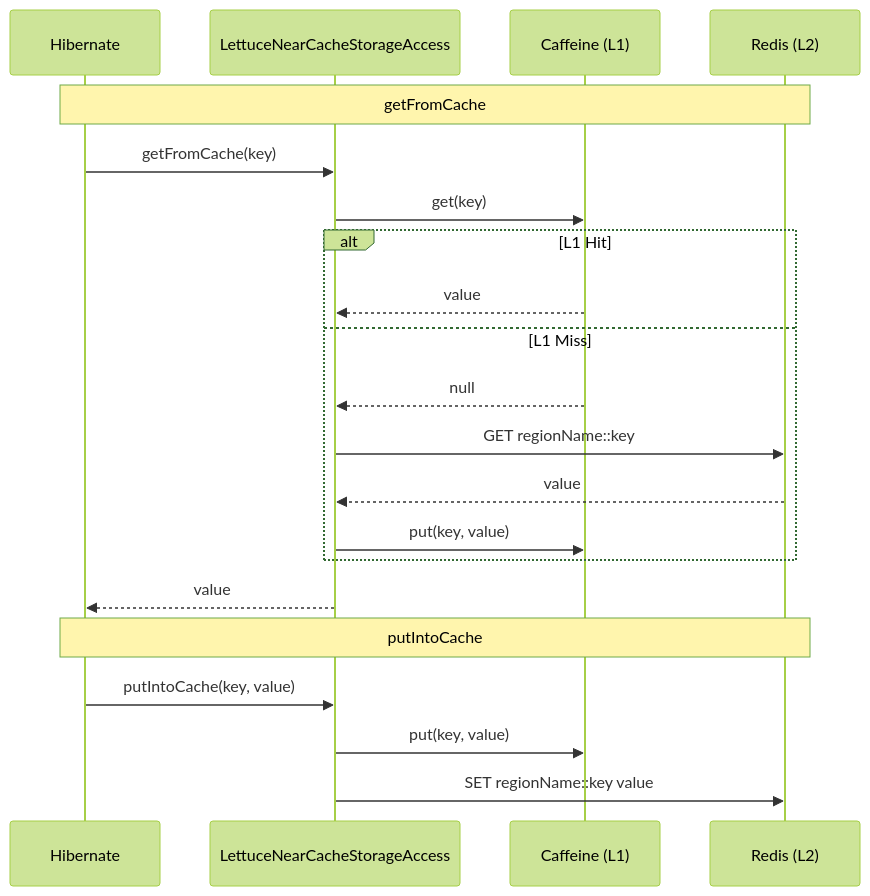
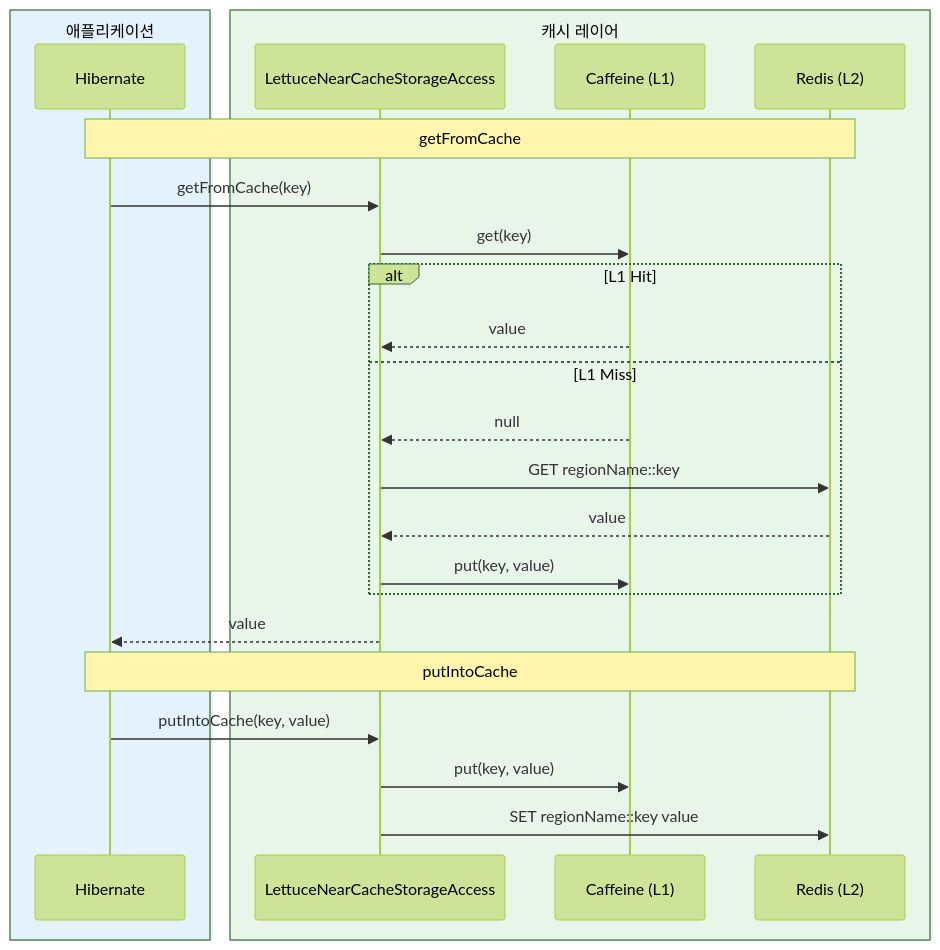
The third of 3 diagrams in data/hibernate-cache-lettuce/README.ko.md (bluetape4k/bluetape4k-projects), drawn with Mermaid (forest theme) before and after one commit. The commit also changed other lines of this file and 221 other files, not shown here.

First line of the commit message:
docs: 전체 모듈 README UML 다이어그램 보강 및 색상 업그레이드

````diff
--- a/data/hibernate-cache-lettuce/README.ko.md
+++ b/data/hibernate-cache-lettuce/README.ko.md
@@ -163,25 +185,29 @@
 ```mermaid
 sequenceDiagram
-    participant Hibernate
-    participant Storage as LettuceNearCacheStorageAccess
-    participant L1 as Caffeine (L1)
-    participant L2 as Redis (L2)
+    box rgb(227, 242, 253) 애플리케이션
+        participant Hibernate
+    end
+    box rgb(232, 245, 233) 캐시 레이어
+        participant Storage as LettuceNearCacheStorageAccess
+        participant L1 as Caffeine (L1)
+        participant L2 as Redis (L2)
+    end
 
     Note over Hibernate,L2: getFromCache
     Hibernate->>Storage: getFromCache(key)
     Storage->>L1: get(key)
     alt L1 Hit
         L1-->>Storage: value
     else L1 Miss
         L1-->>Storage: null
         Storage->>L2: GET regionName::key
         L2-->>Storage: value
         Storage->>L1: put(key, value)
     end
     Storage-->>Hibernate: value
 
     Note over Hibernate,L2: putIntoCache
     Hibernate->>Storage: putIntoCache(key, value)
     Storage->>L1: put(key, value)
     Storage->>L2: SET regionName::key value
 ```
````
